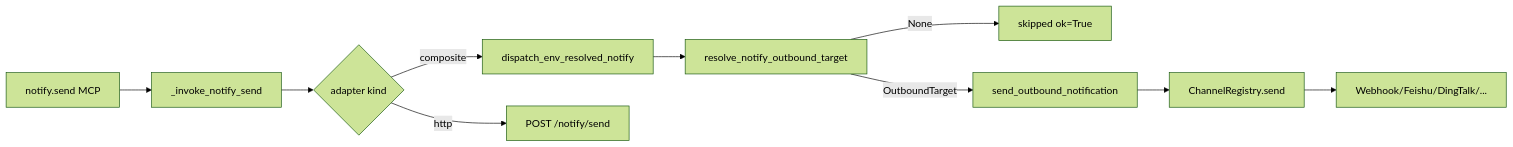
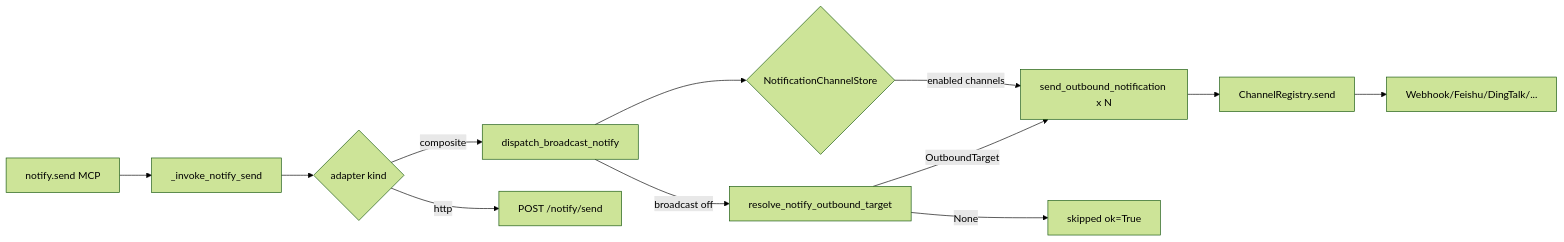
One commit to iceycn/root-seeker-v2 changed the second of 2 diagrams in docs/business-logic/10-channel-routing.md. Above: the diagram before and after it, drawn with Mermaid (forest theme). The commit also changed other lines of this file and 21 other files, not shown here.

First line of the commit message:
feat: add notification channel store with broadcast notify and DingTalk signing

````diff
--- a/docs/business-logic/10-channel-routing.md
+++ b/docs/business-logic/10-channel-routing.md
@@ -160,12 +176,14 @@
 ```mermaid
 flowchart LR
     A[notify.send MCP] --> B[_invoke_notify_send]
     B --> C{adapter kind}
-    C -->|composite| D[dispatch_env_resolved_notify]
+    C -->|composite| D[dispatch_broadcast_notify]
     C -->|http| E[POST /notify/send]
-    D --> F[resolve_notify_outbound_target]
+    D --> S{NotificationChannelStore}
+    S -->|enabled channels| H[send_outbound_notification x N]
+    D -->|broadcast off| F[resolve_notify_outbound_target]
     F -->|None| G[skipped ok=True]
-    F -->|OutboundTarget| H[send_outbound_notification]
+    F -->|OutboundTarget| H
     H --> I[ChannelRegistry.send]
     I --> J[Webhook/Feishu/DingTalk/...]
 ```
````
